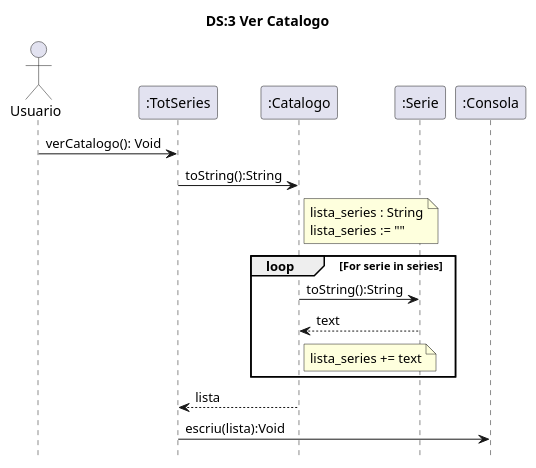
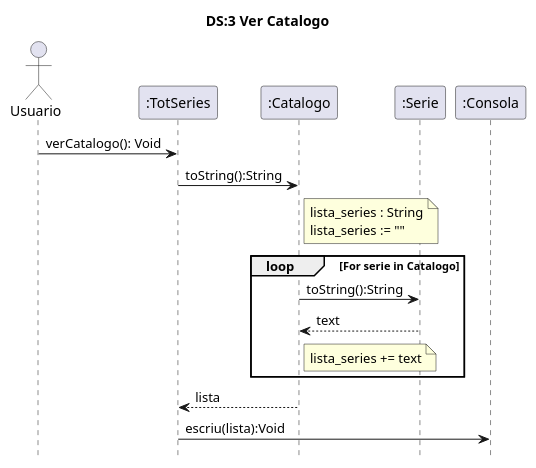
One commit to MrViciao/TotSeries changed the diagram in src/totseries/Uml/Secuencia/Diagrama de Secuencia Uc3.puml. Above: the diagram before and after it, drawn with PlantUML.

Commit message:
Update Diagrama de Secuencia Uc3.puml

```diff
--- a/src/totseries/Uml/Secuencia/Diagrama de Secuencia Uc3.puml
+++ b/src/totseries/Uml/Secuencia/Diagrama de Secuencia Uc3.puml
@@ -1,32 +1,32 @@
 @startuml
 
 title	DS:3 Ver Catalogo
 hide	footbox
 
 actor	Usuario
 participant ":TotSeries" as TotSeries
 participant ":Catalogo" as Catalogo
 participant ":Serie" as Serie
 participant ":Consola" as Consola
 
 
 Usuario -> TotSeries:verCatalogo(): Void
 TotSeries -> Catalogo:toString():String
 note right Catalogo
     lista_series : String
     lista_series := ""
 end note
 
 
-loop For serie in series
+loop For serie in Catalogo
     Catalogo -> Serie:toString():String
     Serie --> Catalogo:text
     note right Catalogo
         lista_series += text
     endnote
 end
 Catalogo --> TotSeries: lista
 TotSeries -> Consola: escriu(lista):Void
 
 
 @enduml
```
